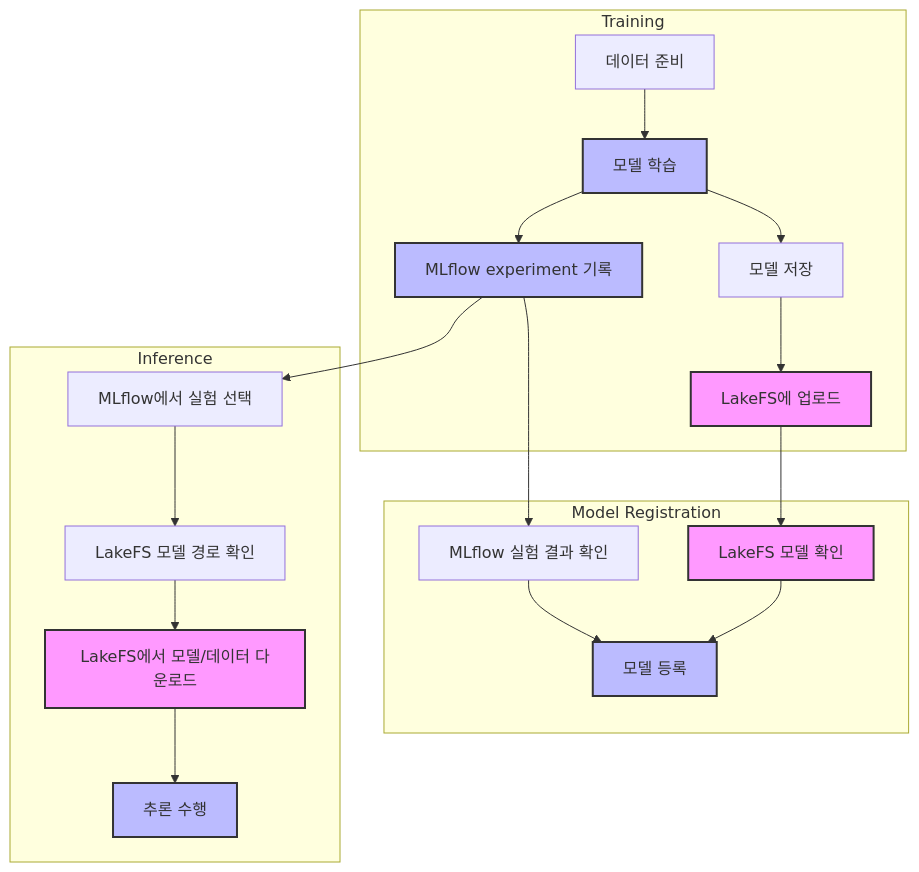
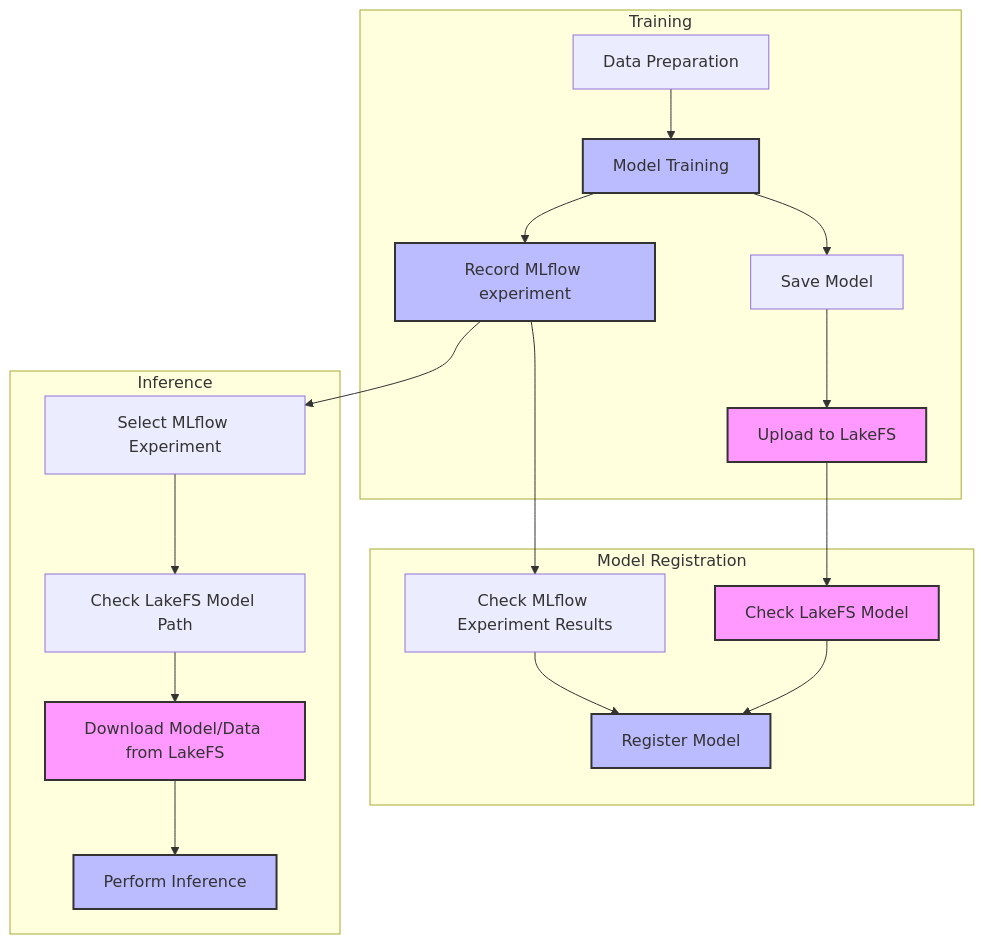
Before and after one commit to teri0411/data-versioning-with-mlflow: the diagram in lakefs-test/image-segmentation-local/README.md, drawn with Mermaid. The commit also changed other lines of this file and 23 other files, not shown here.

````diff
--- a/lakefs-test/image-segmentation-local/README.md
+++ b/lakefs-test/image-segmentation-local/README.md
@@ -15,28 +13,28 @@
 ```mermaid
 graph TD
     subgraph Training
-        A[데이터 준비] --> B[모델 학습]
-        B --> C[모델 저장]
-        C --> D[LakeFS에 업로드]
-        B --> E[MLflow experiment 기록]
+        A[Data Preparation] --> B[Model Training]
+        B --> C[Save Model]
+        C --> D[Upload to LakeFS]
+        B --> E[Record MLflow experiment]
     end
 
     subgraph Model Registration
-        D --> F[LakeFS 모델 확인]
-        E --> G[MLflow 실험 결과 확인]
-        F --> H[모델 등록]
+        D --> F[Check LakeFS Model]
+        E --> G[Check MLflow Experiment Results]
+        F --> H[Register Model]
         G --> H
     end
 
     subgraph Inference
-        E --> I[MLflow에서 실험 선택]
-        I --> J[LakeFS 모델 경로 확인]
-        J --> K[LakeFS에서 모델/데이터 다운로드]
-        K --> L[추론 수행]
+        E --> I[Select MLflow Experiment]
+        I --> J[Check LakeFS Model Path]
+        J --> K[Download Model/Data from LakeFS]
+        K --> L[Perform Inference]
     end
 
     classDef storage fill:#f9f,stroke:#333,stroke-width:2px
     classDef process fill:#bbf,stroke:#333,stroke-width:2px
     class D,F,K storage
     class B,E,H,L process
 ```
````
